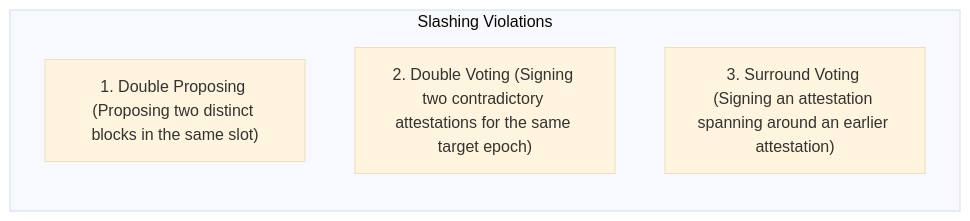
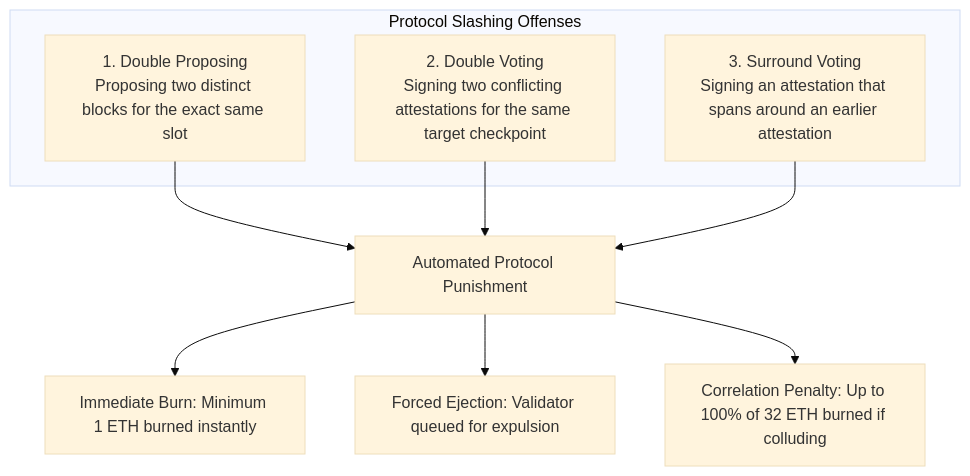
The fifth of 7 diagrams in docs/learn/fundamentals/03-consensus-and-game-theory/03-proof-of-stake-and-finality-gadgets.md (ub-society/modules), drawn with Mermaid (base theme) before and after one commit. The commit also changed other lines of this file and 3 other files, not shown here.

````diff
--- a/docs/learn/fundamentals/03-consensus-and-game-theory/03-proof-of-stake-and-finality-gadgets.md
+++ b/docs/learn/fundamentals/03-consensus-and-game-theory/03-proof-of-stake-and-finality-gadgets.md
@@ -97,8 +153,13 @@
 ```mermaid
-flowchart LR
-    subgraph Slashing Violations
-        S1["1. Double Proposing (Proposing two distinct blocks in the same slot)"]
-        S2["2. Double Voting (Signing two contradictory attestations for the same target epoch)"]
-        S3["3. Surround Voting (Signing an attestation spanning around an earlier attestation)"]
+flowchart TD
+    subgraph Protocol Slashing Offenses
+        Offense1["1. Double Proposing<br/>Proposing two distinct blocks for the exact same slot"]
+        Offense2["2. Double Voting<br/>Signing two conflicting attestations for the same target checkpoint"]
+        Offense3["3. Surround Voting<br/>Signing an attestation that spans around an earlier attestation"]
     end
+
+    Offense1 & Offense2 & Offense3 --> Penalty["Automated Protocol Punishment"]
+    Penalty --> P1["Immediate Burn: Minimum 1 ETH burned instantly"]
+    Penalty --> P2["Forced Ejection: Validator queued for expulsion"]
+    Penalty --> P3["Correlation Penalty: Up to 100% of 32 ETH burned if colluding"]
 ```
````
